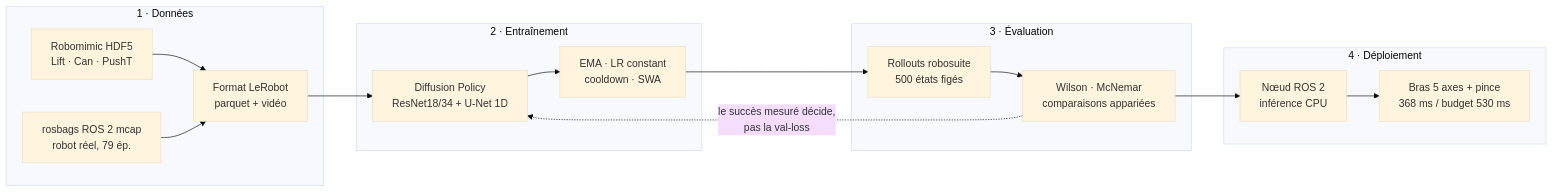
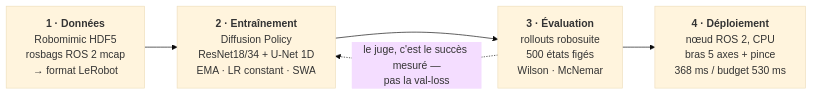
One commit to Lardonsauvage1/lerobot-experiments changed the diagram in README.md. Above: the diagram before and after it, drawn with Mermaid (base theme).

Commit message:
README : schéma du pipeline condensé en 4 blocs (lisibilité)

````diff
--- a/README.md
+++ b/README.md
@@ -109,26 +109,10 @@
 ```mermaid
 flowchart LR
-    subgraph S1["1 · Données"]
-        A1["Robomimic HDF5<br/>Lift · Can · PushT"]
-        A2["rosbags ROS 2 mcap<br/>robot réel, 79 ép."]
-        A1 --> C["Format LeRobot<br/>parquet + vidéo"]
-        A2 --> C
-    end
+    A["<b>1 · Données</b><br/>Robomimic HDF5<br/>rosbags ROS 2 mcap<br/>→ format LeRobot"]
+    B["<b>2 · Entraînement</b><br/>Diffusion Policy<br/>ResNet18/34 + U-Net 1D<br/>EMA · LR constant · SWA"]
+    C["<b>3 · Évaluation</b><br/>rollouts robosuite<br/>500 états figés<br/>Wilson · McNemar"]
+    D["<b>4 · Déploiement</b><br/>nœud ROS 2, CPU<br/>bras 5 axes + pince<br/>368 ms / budget 530 ms"]
 
-    subgraph S2["2 · Entraînement"]
-        C --> D["Diffusion Policy<br/>ResNet18/34 + U-Net 1D"]
-        D --> E["EMA · LR constant<br/>cooldown · SWA"]
-    end
-
-    subgraph S3["3 · Évaluation"]
-        E --> F["Rollouts robosuite<br/>500 états figés"]
-        F --> G["Wilson · McNemar<br/>comparaisons appariées"]
-    end
-
-    subgraph S4["4 · Déploiement"]
-        G --> H["Nœud ROS 2<br/>inférence CPU"]
-        H --> I["Bras 5 axes + pince<br/>368 ms / budget 530 ms"]
-    end
-
-    G -. "le succès mesuré décide,<br/>pas la val-loss" .-> D
+    A --> B --> C --> D
+    C -. "le juge, c'est le succès mesuré —<br/>pas la val-loss" .-> B
 ```
````
